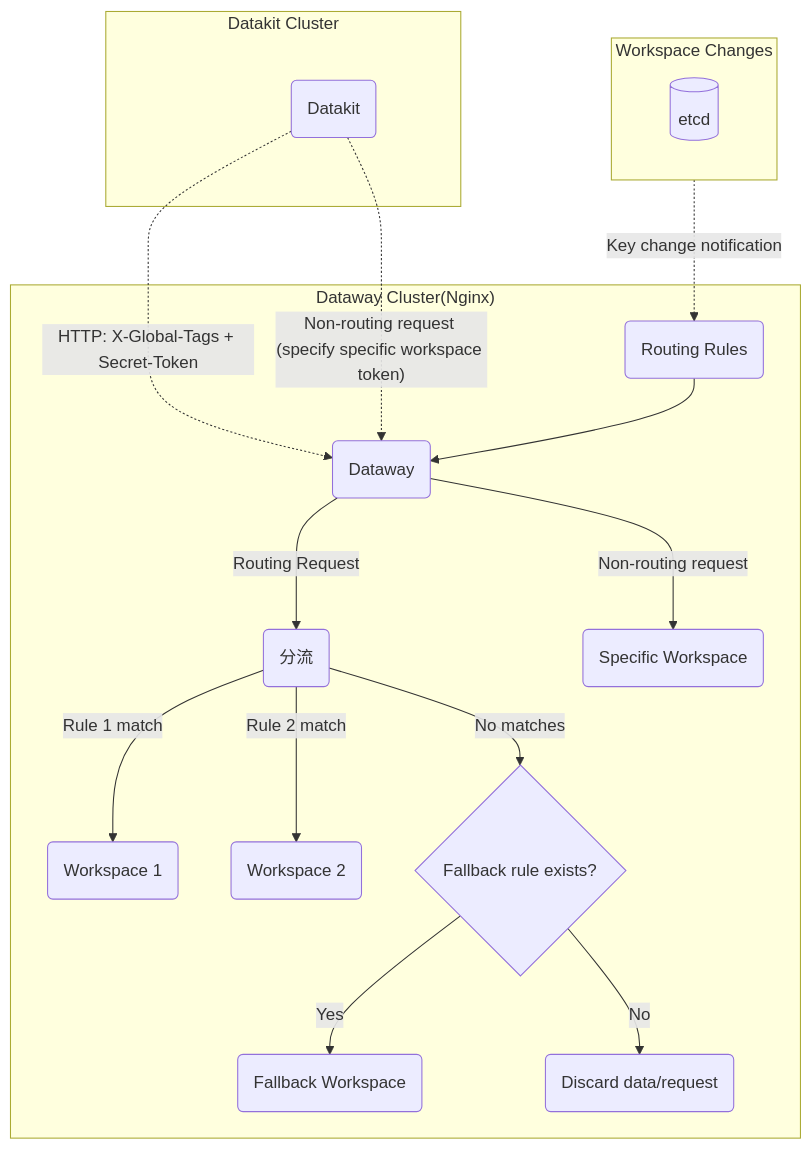
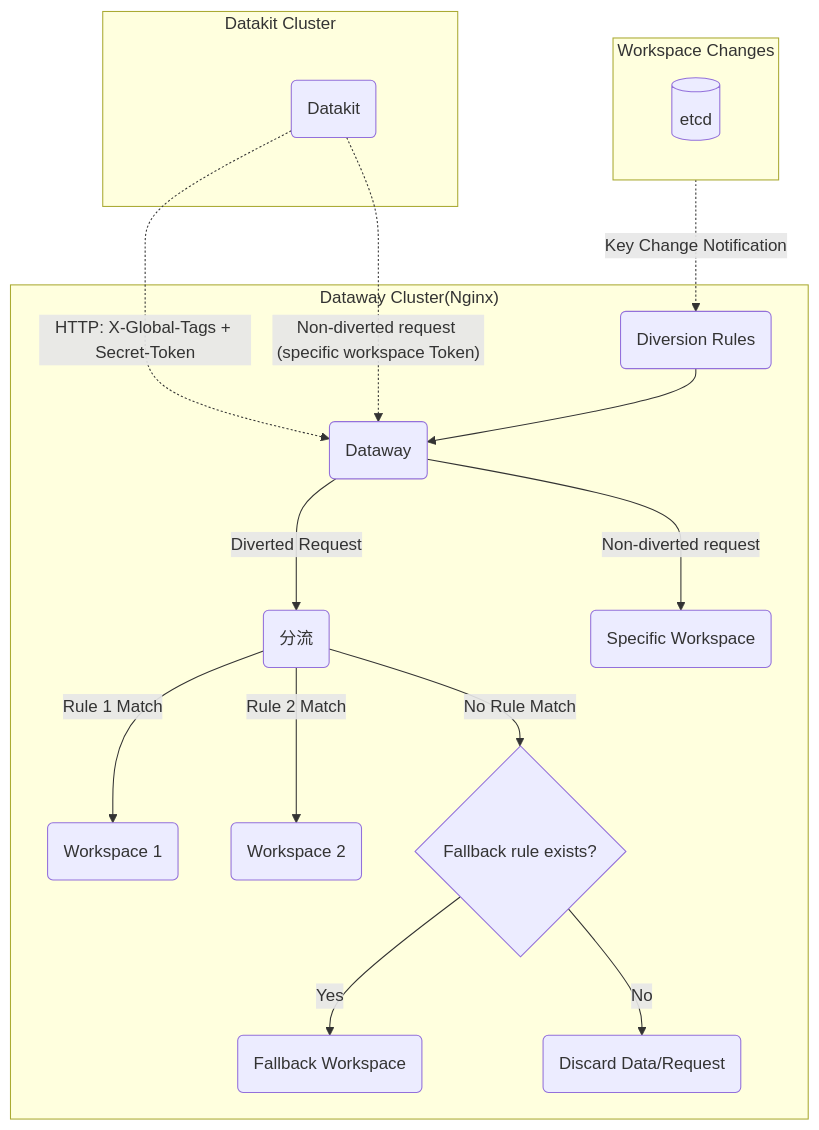
Before and after one commit to GuanceCloud/guance-docs: the first of 2 diagrams in docs/en/deployment/dataway-sink.md, drawn with Mermaid. The commit also changed other lines of this file and 353 other files, not shown here.

````diff
--- a/docs/en/deployment/dataway-sink.md
+++ b/docs/en/deployment/dataway-sink.md
@@ -14,38 +16,38 @@
 ```mermaid
 flowchart TD
 dw(Dataway);
 dk(Datakit);
 etcd[(etcd)];
 sinker(分流);
 wksp1(Workspace 1);
 wksp2(Workspace 2);
 wksp3(Specific Workspace);
 wkspx(Fallback Workspace);
-rules(Routing Rules);
+rules(Diversion Rules);
 as_default{Fallback rule exists?};
-drop(Discard data/request);
+drop(Discard Data/Request);
 
 subgraph "Datakit Cluster"
 dk
 end
 
 dk -.-> |"HTTP: X-Global-Tags + Secret-Token"|dw
-dk -..-> |"Non-routing request (specify specific workspace token)"|dw
+dk -..-> |"Non-diverted request (specific workspace Token)"|dw
 
 subgraph "Dataway Cluster(Nginx)"
 %%direction LR
-rules -->  dw ---> |Routing Request|sinker
+rules -->  dw ---> |Diverted Request|sinker
 
-dw ---> |Non-routing request|wksp3
+dw ---> |Non-diverted request|wksp3
 
-sinker --> |Rule 1 match|wksp1;
-sinker --> |Rule 2 match|wksp2;
-sinker --> |No matches|as_default -->|No|drop;
+sinker --> |Rule 1 Match|wksp1;
+sinker --> |Rule 2 Match|wksp2;
+sinker --> |No Rule Match|as_default -->|No|drop;
 as_default -->|Yes|wkspx;
 end
 
 subgraph "Workspace Changes"
 direction BT
-etcd -.-> |Key change notification|rules
+etcd -.-> |Key Change Notification|rules
 end
 ```
````
